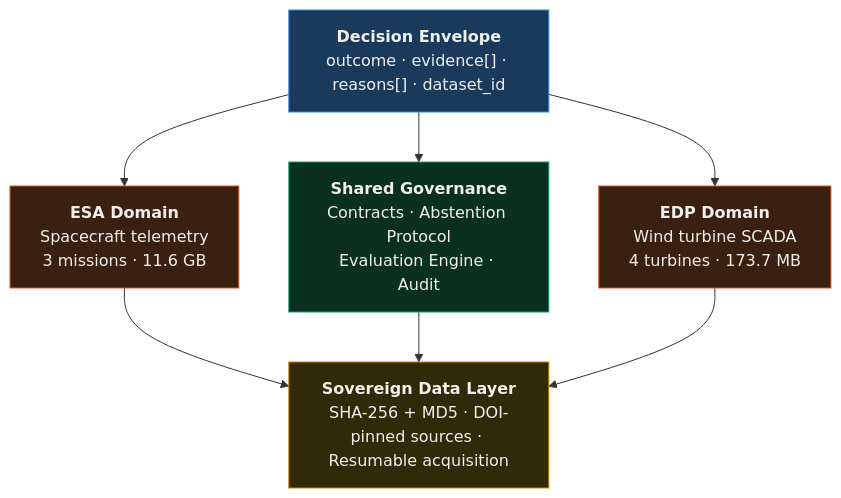
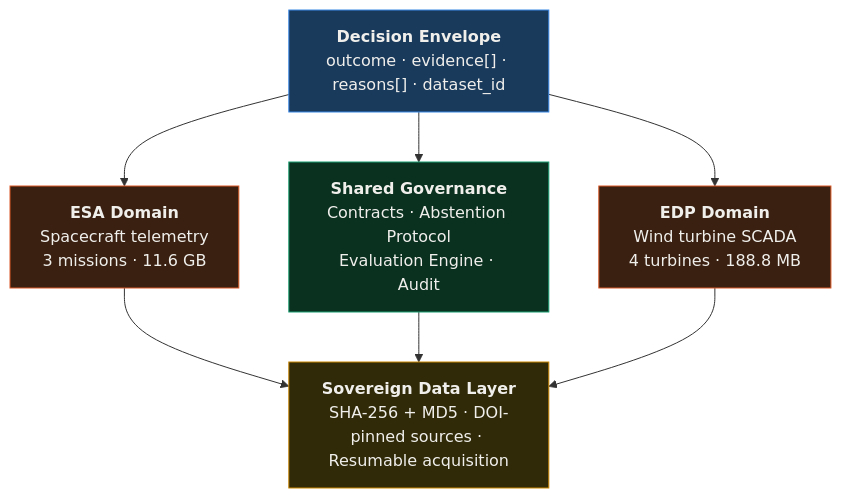
The diagram in README.md (rolffcoelho-bravo/SOVEREIGN-OPS-2.0), drawn with Mermaid before and after one commit. The commit also changed other lines of this file and 35 other files, not shown here.

````diff
--- a/README.md
+++ b/README.md
@@ -34,17 +34,17 @@
 ```mermaid
 graph TB
     DE["<b>Decision Envelope</b><br/>outcome · evidence[] · reasons[] · dataset_id"]
     ESA["<b>ESA Domain</b><br/>Spacecraft telemetry<br/>3 missions · 11.6 GB"]
     GOV["<b>Shared Governance</b><br/>Contracts · Abstention Protocol<br/>Evaluation Engine · Audit"]
-    EDP["<b>EDP Domain</b><br/>Wind turbine SCADA<br/>4 turbines · 173.7 MB"]
+    EDP["<b>EDP Domain</b><br/>Wind turbine SCADA<br/>4 turbines · 188.8 MB"]
     SDL["<b>Sovereign Data Layer</b><br/>SHA-256 + MD5 · DOI-pinned sources · Resumable acquisition"]
 
     DE --> ESA & GOV & EDP
     ESA & GOV & EDP --> SDL
 
     style DE fill:#1a3a5c,stroke:#3987e5,color:#f0efec
     style ESA fill:#3a2010,stroke:#d95926,color:#f0efec
     style GOV fill:#0a3020,stroke:#199e70,color:#f0efec
     style EDP fill:#3a2010,stroke:#d95926,color:#f0efec
     style SDL fill:#302a08,stroke:#c98500,color:#f0efec
 ```
````
